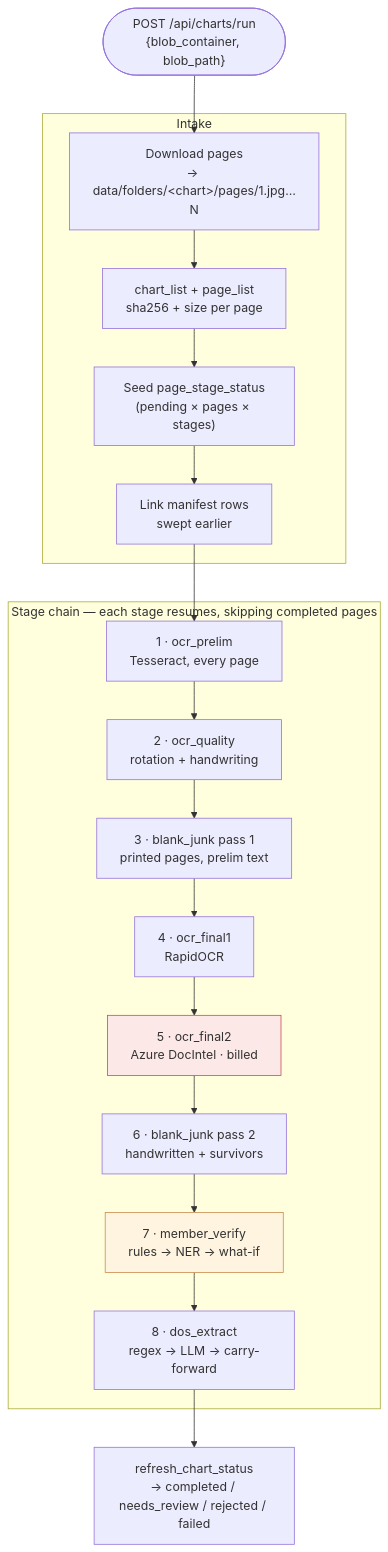
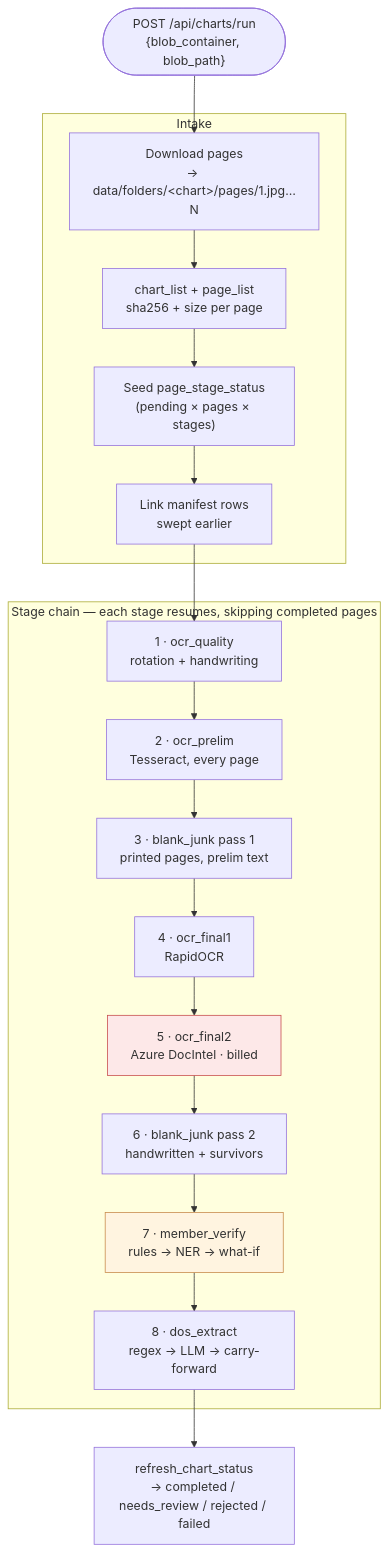
One commit to abhinavdg-ever/model-repo changed the second of 7 diagrams in docs/FLOW.md. Above: the diagram before and after it, drawn with Mermaid. The commit also changed other lines of this file and 15 other files, not shown here.

First line of the commit message:
Rotation first, corrected-pages/, and OCR reads the corrected image

````diff
--- a/docs/FLOW.md
+++ b/docs/FLOW.md
@@ -47,30 +47,30 @@
 ```mermaid
 flowchart TD
   START(["POST /api/charts/run<br/>{blob_container, blob_path}"]) --> DL
 
   subgraph INTAKE["Intake"]
     DL["Download pages<br/>→ data/folders/&lt;chart&gt;/pages/1.jpg…N"]
     DL --> REG["chart_list + page_list<br/>sha256 + size per page"]
     REG --> SEED["Seed page_stage_status<br/>(pending × pages × stages)"]
     SEED --> LINK["Link manifest rows<br/>swept earlier"]
   end
 
   LINK --> S1
 
   subgraph CHAIN["Stage chain — each stage resumes, skipping completed pages"]
-    S1["1 · ocr_prelim<br/>Tesseract, every page"]
-    S2["2 · ocr_quality<br/>rotation + handwriting"]
+    S1["1 · ocr_quality<br/>rotation + handwriting"]
+    S2["2 · ocr_prelim<br/>Tesseract, every page"]
     S3["3 · blank_junk pass 1<br/>printed pages, prelim text"]
     S4["4 · ocr_final1<br/>RapidOCR"]
     S5["5 · ocr_final2<br/>Azure DocIntel · billed"]
     S6["6 · blank_junk pass 2<br/>handwritten + survivors"]
     S7["7 · member_verify<br/>rules → NER → what-if"]
     S8["8 · dos_extract<br/>regex → LLM → carry-forward"]
     S1 --> S2 --> S3 --> S4 --> S5 --> S6 --> S7 --> S8
   end
 
   S8 --> DONE["refresh_chart_status<br/>→ completed / needs_review / rejected / failed"]
 
   style S5 fill:#fde8e8,stroke:#c74a4a
   style S7 fill:#fff4e0,stroke:#c78a4a
 ```
````
